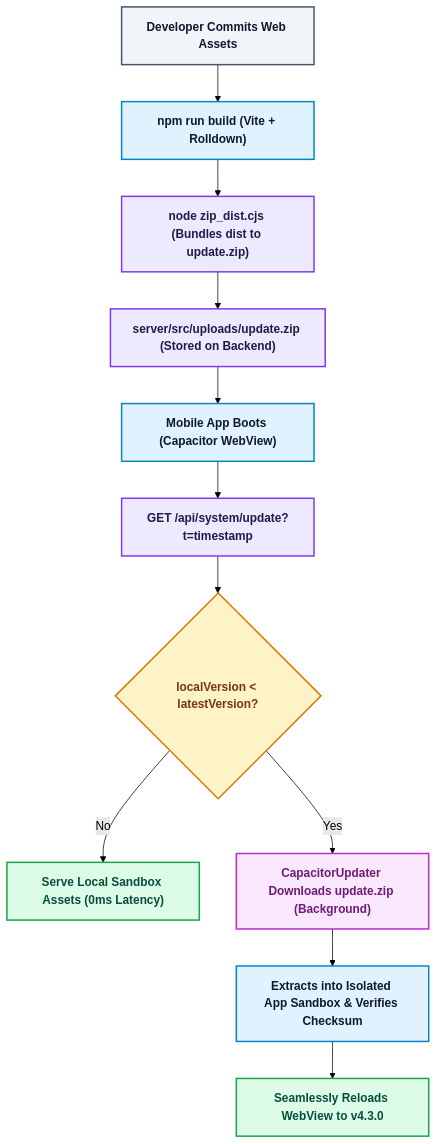
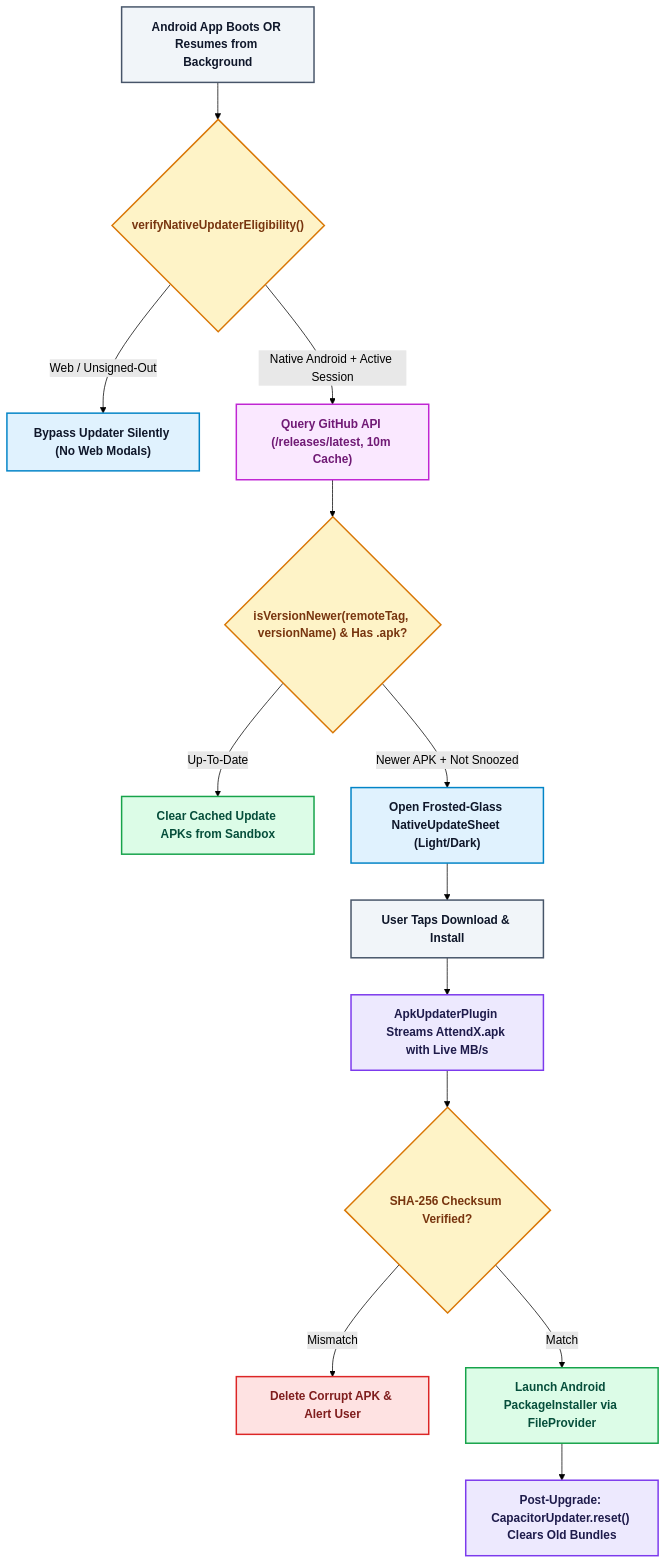
Before and after one commit to nrai18/AttendX: the second of 22 diagrams in README.md, drawn with Mermaid (forest theme). The commit also changed other lines of this file and 41 other files, not shown here.

````diff
--- a/README.md
+++ b/README.md
@@ -176,21 +232,23 @@
 ```mermaid
 flowchart TD
     classDef client fill:#e0f2fe,stroke:#0284c7,stroke-width:2px,color:#0f172a,font-weight:bold;
-    classDef server fill:#ede9fe,stroke:#7c3aed,stroke-width:2px,color:#1e1b4b,font-weight:bold;
+    classDef native fill:#ede9fe,stroke:#7c3aed,stroke-width:2px,color:#1e1b4b,font-weight:bold;
     classDef db fill:#dcfce7,stroke:#16a34a,stroke-width:2px,color:#064e3b,font-weight:bold;
     classDef cache fill:#fef3c7,stroke:#d97706,stroke-width:2px,color:#78350f,font-weight:bold;
     classDef ai fill:#fae8ff,stroke:#c026d3,stroke-width:2px,color:#701a75,font-weight:bold;
     classDef warn fill:#fee2e2,stroke:#dc2626,stroke-width:2px,color:#7f1d1d,font-weight:bold;
     classDef action fill:#f1f5f9,stroke:#475569,stroke-width:2px,color:#0f172a,font-weight:bold;
 
-    A["Developer Commits Web Assets"]:::action --> B["npm run build (Vite + Rolldown)"]:::client
-    B --> C["node zip_dist.cjs (Bundles dist to update.zip)"]:::server
-    C --> D["server/src/uploads/update.zip (Stored on Backend)"]:::server
-    D --> E["Mobile App Boots (Capacitor WebView)"]:::client
-    E --> F["GET /api/system/update?t=timestamp"]:::server
-    F --> G{"localVersion < latestVersion?"}:::cache
-    G -- No --> H["Serve Local Sandbox Assets (0ms Latency)"]:::db
-    G -- Yes --> I["CapacitorUpdater Downloads update.zip (Background)"]:::ai
-    I --> J["Extracts into Isolated App Sandbox & Verifies Checksum"]:::client
-    J --> K["Seamlessly Reloads WebView to v4.3.0"]:::db
+    A["Android App Boots OR Resumes from Background"]:::action --> B{"verifyNativeUpdaterEligibility()"}:::cache
+    B -- Web / Unsigned-Out --> C["Bypass Updater Silently (No Web Modals)"]:::client
+    B -- Native Android + Active Session --> D["Query GitHub API (/releases/latest, 10m Cache)"]:::ai
+    D --> E{"isVersionNewer(remoteTag, versionName) & Has .apk?"}:::cache
+    E -- Up-To-Date --> F["Clear Cached Update APKs from Sandbox"]:::db
+    E -- Newer APK + Not Snoozed --> G["Open Frosted-Glass NativeUpdateSheet (Light/Dark)"]:::client
+    G --> H["User Taps Download & Install"]:::action
+    H --> I["ApkUpdaterPlugin Streams AttendX.apk with Live MB/s"]:::native
+    I --> J{"SHA-256 Checksum Verified?"}:::cache
+    J -- Mismatch --> K["Delete Corrupt APK & Alert User"]:::warn
+    J -- Match --> L["Launch Android PackageInstaller via FileProvider"]:::db
+    L --> M["Post-Upgrade: CapacitorUpdater.reset() Clears Old Bundles"]:::native
 ```
````
